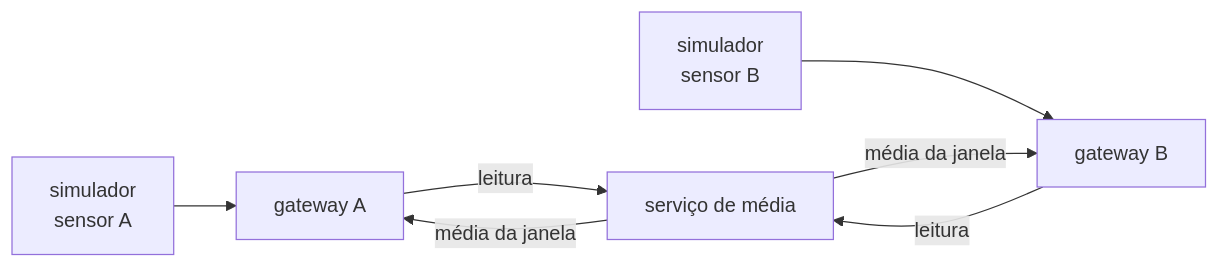
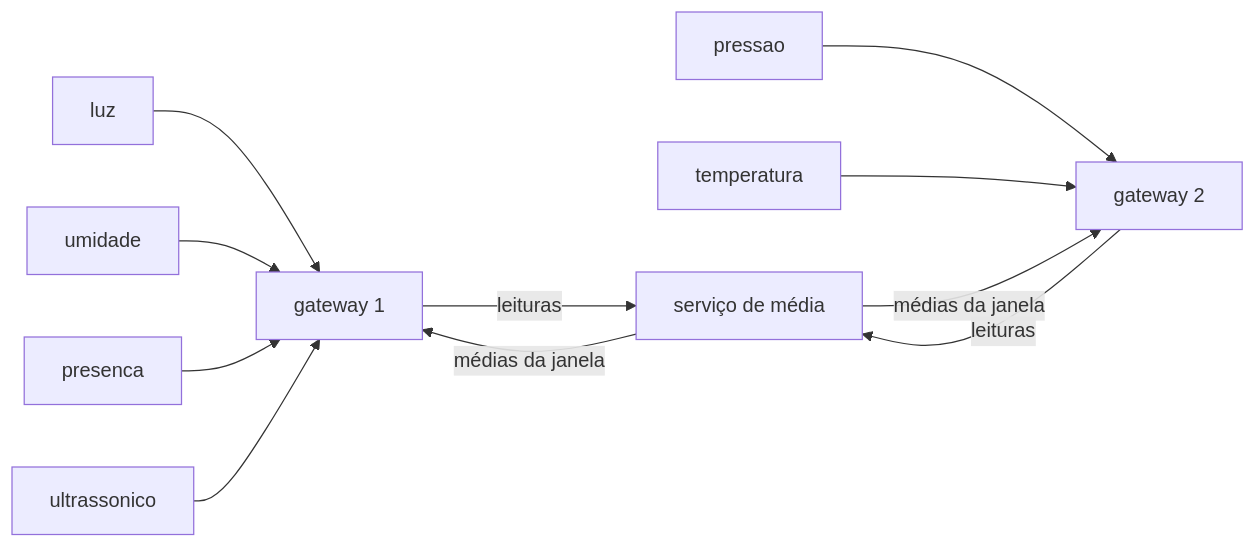
The diagram in README.md (bugFlavia/projeto-sistemas-distribuidos), drawn with Mermaid before and after one commit. The commit also changed other lines of this file, not shown here.

````diff
--- a/README.md
+++ b/README.md
@@ -44,9 +44,13 @@
 ```mermaid
 flowchart LR
-    S1["simulador<br/>sensor A"] --> G1["gateway A"]
-    S2["simulador<br/>sensor B"] --> G2["gateway B"]
-    G1 -->|"leitura"| M["serviço de média"]
-    M -->|"média da janela"| G1
-    G2 -->|"leitura"| M
-    M -->|"média da janela"| G2
+    S1["luz"] --> G1["gateway 1"]
+    S2["umidade"] --> G1
+    S3["presenca"] --> G1
+    S4["ultrassonico"] --> G1
+    S5["pressao"] --> G2["gateway 2"]
+    S6["temperatura"] --> G2
+    G1 -->|"leituras"| M["serviço de média"]
+    M -->|"médias da janela"| G1
+    G2 -->|"leituras"| M
+    M -->|"médias da janela"| G2
 ```
````
